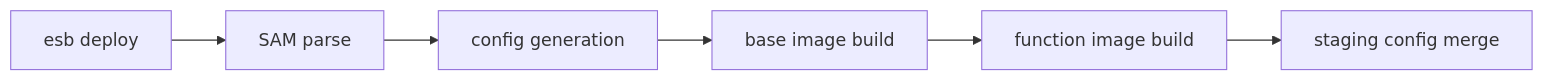
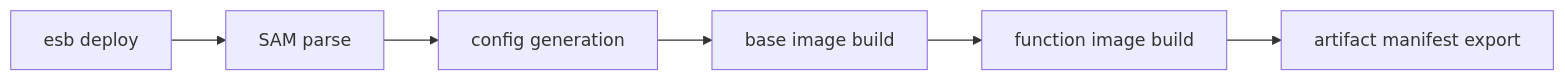
One commit to poruru-code/esb-cli changed the second of 3 diagrams in docs/container-management.md. Above: the diagram before and after it, drawn with Mermaid. The commit also changed 27 other files, not shown here.

````diff
--- a/docs/container-management.md
+++ b/docs/container-management.md
@@ -38,8 +38,8 @@
 ```mermaid
 flowchart LR
     A[esb deploy] --> B[SAM parse]
     B --> C[config generation]
     C --> D[base image build]
     D --> E[function image build]
-    E --> F[staging config merge]
+    E --> F[artifact manifest export]
 ```
````
